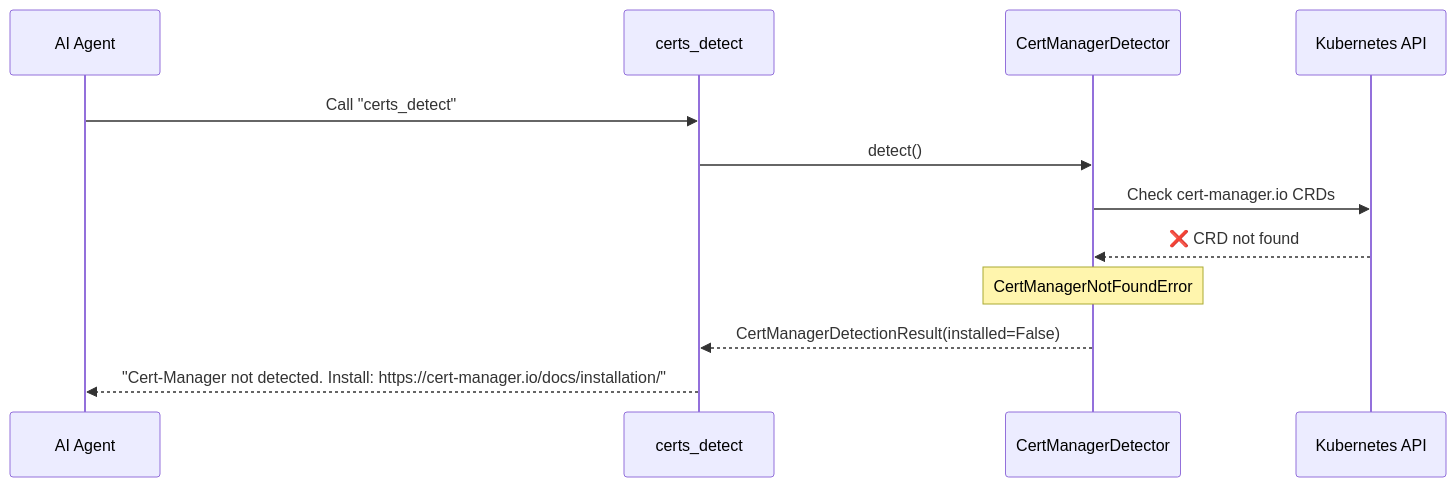
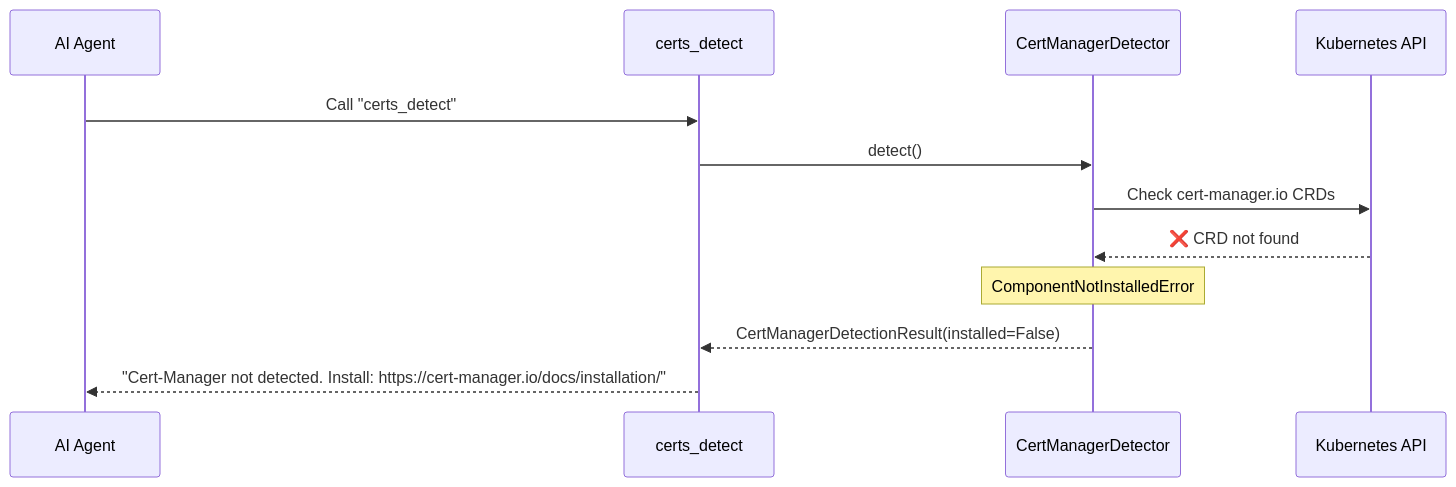
Before and after one commit to hexa-tools/hexawyn: the fourth of 4 diagrams in docs/guides/44-cert-manager.md, drawn with Mermaid. The commit also changed other lines of this file and 12 other files, not shown here.

````diff
--- a/docs/guides/44-cert-manager.md
+++ b/docs/guides/44-cert-manager.md
@@ -83,17 +83,17 @@
 ```mermaid
 sequenceDiagram
     participant AI as AI Agent
     participant Tool as certs_detect
     participant Adapter as CertManagerDetector
     participant K8s as Kubernetes API
 
     AI->>Tool: Call "certs_detect"
     Tool->>Adapter: detect()
     Adapter->>K8s: Check cert-manager.io CRDs
     K8s-->>Adapter: ❌ CRD not found
 
-    Note over Adapter: CertManagerNotFoundError
+    Note over Adapter: ComponentNotInstalledError
 
     Adapter-->>Tool: CertManagerDetectionResult(installed=False)
     Tool-->>AI: "Cert-Manager not detected. Install: https://cert-manager.io/docs/installation/"
 ```
````
